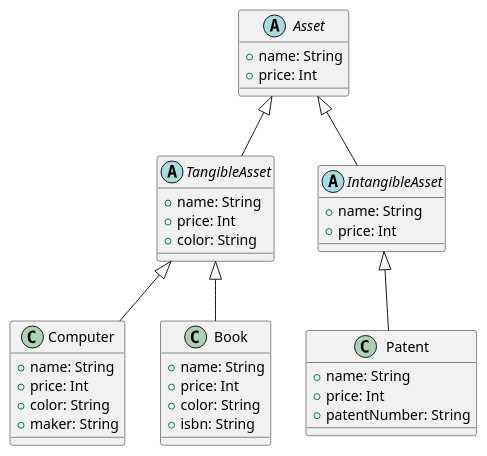
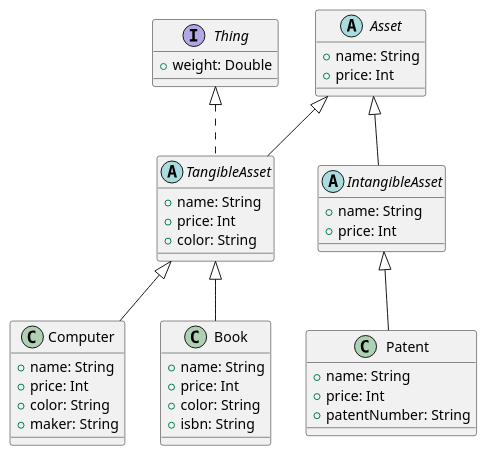
The diagram in src/main/kotlin/day07/Asset.puml (SurvivalCodingCampus/winter_kotlin_lecture), drawn with PlantUML before and after one commit. The commit also changed 1 other file, not shown here.

Commit message:
feat: 연습문제 3 - Thing interface 작성
- UML에 Thing 을 추가

```diff
--- a/src/main/kotlin/day07/Asset.puml
+++ b/src/main/kotlin/day07/Asset.puml
@@ -1,38 +1,42 @@
 @startuml
 
 abstract class Asset {
     +name: String
     +price: Int
 }
 
-abstract class TangibleAsset extends Asset {
+abstract class TangibleAsset extends Asset implements Thing {
     + name: String
     + price: Int
     + color: String
 }
 
 abstract class IntangibleAsset extends Asset {
     + name: String
     + price: Int
 }
 
 class Computer extends TangibleAsset {
     + name: String
     + price: Int
     + color: String
     + maker: String
 }
 
 class Book extends TangibleAsset {
     + name: String
     + price: Int
     + color: String
     + isbn: String
 }
 
 class Patent extends IntangibleAsset {
     + name: String
     + price: Int
     + patentNumber: String
 }
+
+interface Thing {
+    + weight: Double
+}
 @enduml
```
